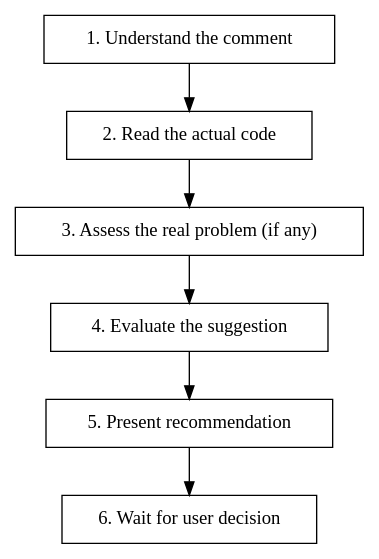
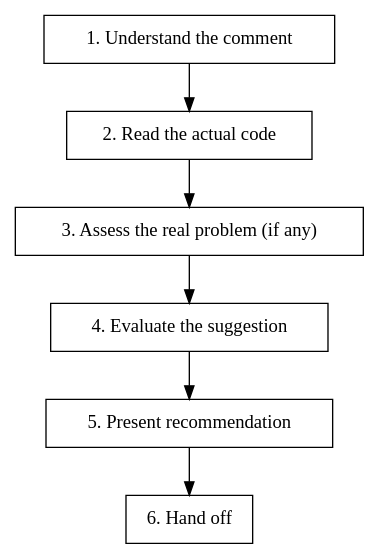
The diagram in skills/review-comment/SKILL.md (grindlemire/dotfiles), drawn with Graphviz before and after one commit. The commit also changed other lines of this file, not shown here.

````diff
--- a/skills/review-comment/SKILL.md
+++ b/skills/review-comment/SKILL.md
@@ -14,15 +33,15 @@
 ```dot
 digraph triage {
     rankdir=TB;
     node [shape=box];
 
     understand [label="1. Understand the comment"];
     read [label="2. Read the actual code"];
     assess [label="3. Assess the real problem (if any)"];
     evaluate [label="4. Evaluate the suggestion"];
     recommend [label="5. Present recommendation"];
-    wait [label="6. Wait for user decision"];
+    wait [label="6. Hand off"];
 
     understand -> read -> assess -> evaluate -> recommend -> wait;
 }
 ```
````
